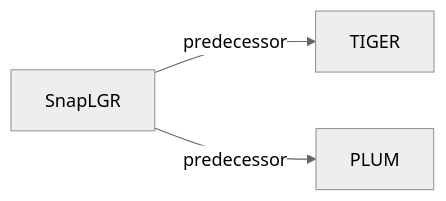
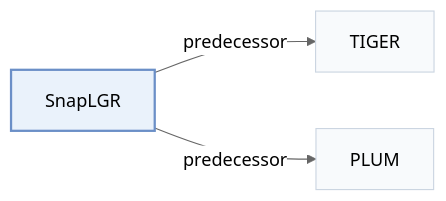
One commit to Galaxy-ghost/Awesome-SID-Generative-Rec changed the second of 2 diagrams in pages/papers/snaplgr.md. Above: the diagram before and after it, drawn with Mermaid (neutral theme). The commit also changed other lines of this file and 649 other files, not shown here.

Commit message:
writer-05: also tags and modality index (schema, check, build, visuals); summary field removed; calibration data for 12 papers

````diff
--- a/pages/papers/snaplgr.md
+++ b/pages/papers/snaplgr.md
@@ -68,6 +74,10 @@
 ```mermaid
 flowchart LR
     P["SnapLGR"]
-    P -->|predecessor| A["TIGER"]
-    P -->|predecessor| B["PLUM"]
+    P -->|"predecessor"| A["TIGER"]
+    P -->|"predecessor"| B["PLUM"]
+    classDef main fill:#eaf2fb,stroke:#6b8fc7,stroke-width:2px
+    classDef peer fill:#f8fafc,stroke:#cbd5e1
+    class P main
+    class A,B peer
 ```
````
